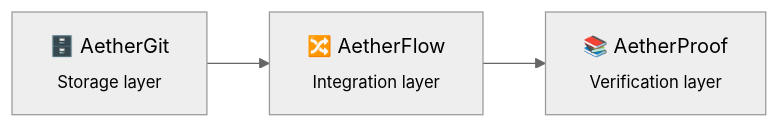
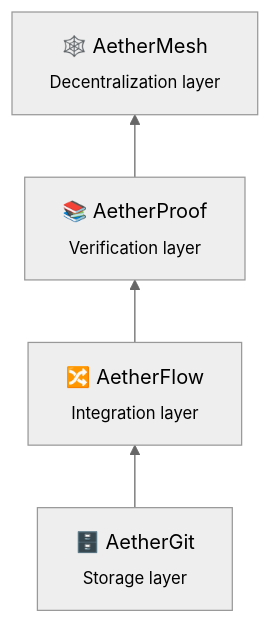
Before and after one commit to gitdeeper15/aethermesh: the diagram in README.md, drawn with Mermaid (neutral theme). The commit also changed other lines of this file, not shown here.

Commit message:
docs: add README for AetherMesh v2.0.0

````diff
--- a/README.md
+++ b/README.md
@@ -311,4 +467,4 @@
 ```mermaid
-flowchart LR
-    G["🗄️ AetherGit<br/><sub>Storage layer</sub>"] --> F["🔀 AetherFlow<br/><sub>Integration layer</sub>"] --> P["📚 AetherProof<br/><sub>Verification layer</sub>"]
+flowchart BT
+    G["🗄️ AetherGit<br/><sub>Storage layer</sub>"] --> F["🔀 AetherFlow<br/><sub>Integration layer</sub>"] --> P["📚 AetherProof<br/><sub>Verification layer</sub>"] --> M["🕸️ AetherMesh<br/><sub>Decentralization layer</sub>"]
 ```
````
